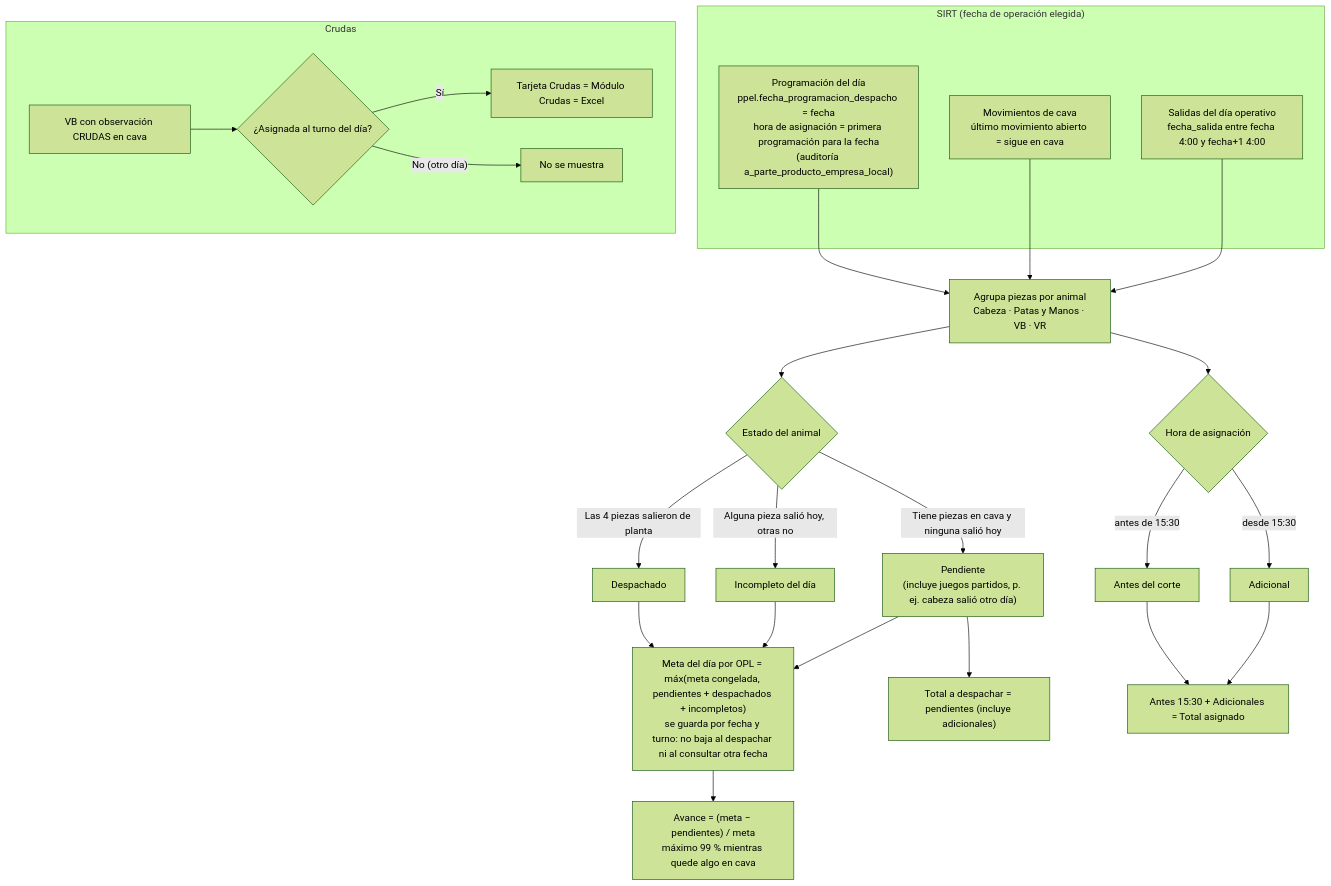
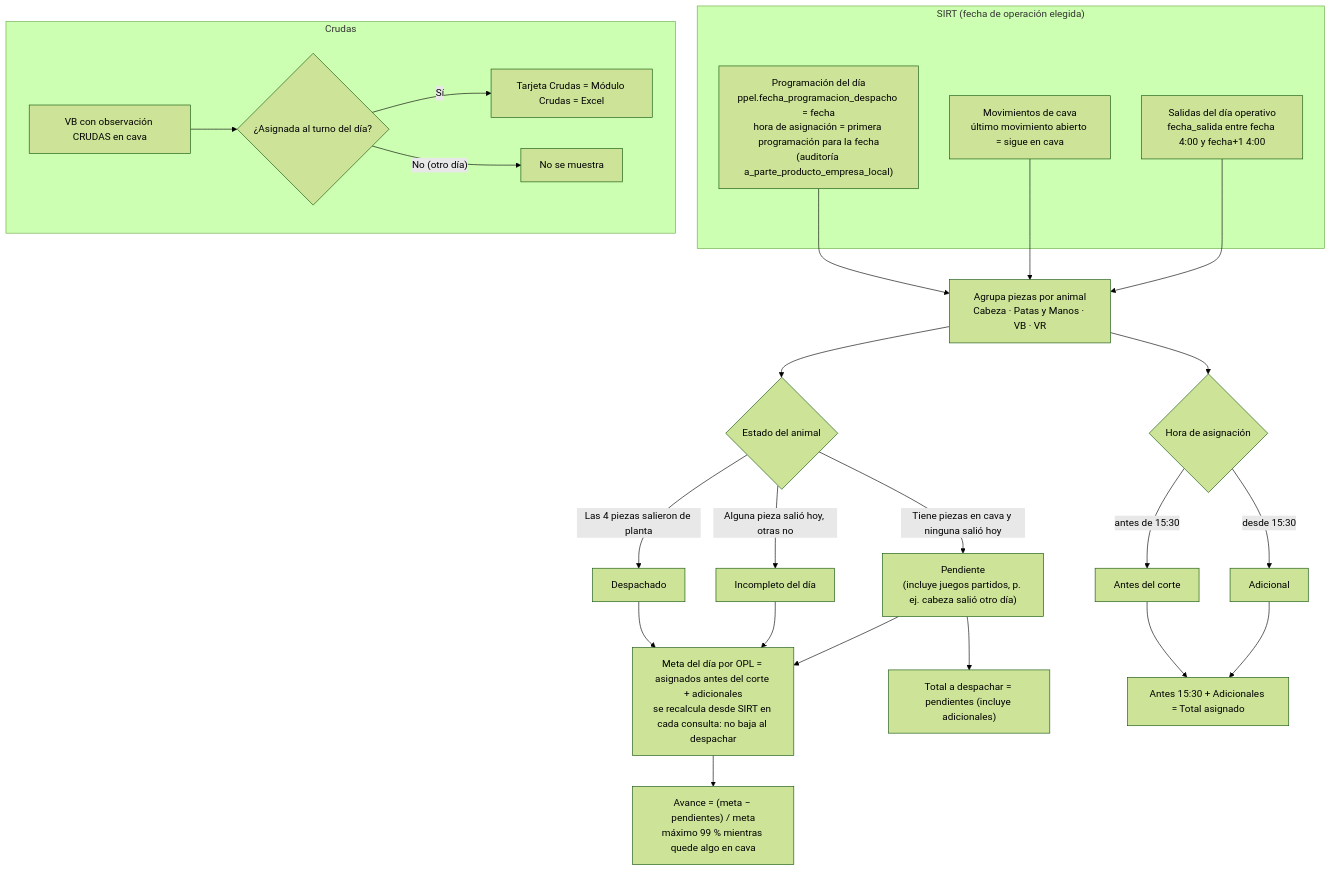
The diagram in docs/diagrams/05-calculo-progreso.mmd (desarrollotecnologia/Colbeef-_Gestor-de-V-sceras), drawn with Mermaid (forest theme) before and after one commit. The commit also changed 7 other files, not shown here.

First line of the commit message:
Meta del dia = Antes + Adicionales calculada desde SIRT

```diff
--- a/docs/diagrams/05-calculo-progreso.mmd
+++ b/docs/diagrams/05-calculo-progreso.mmd
@@ -1,35 +1,35 @@
 flowchart TD
   subgraph SIRT["SIRT (fecha de operación elegida)"]
     prog["Programación del día<br/>ppel.fecha_programacion_despacho = fecha<br/>hora de asignación = primera programación para la fecha<br/>(auditoría a_parte_producto_empresa_local)"]
     cava["Movimientos de cava<br/>último movimiento abierto = sigue en cava"]
     sal["Salidas del día operativo<br/>fecha_salida entre fecha 4:00 y fecha+1 4:00"]
   end
 
   prog --> anim["Agrupa piezas por animal<br/>Cabeza · Patas y Manos · VB · VR"]
   cava --> anim
   sal --> anim
 
   anim --> clas{"Estado del animal"}
   clas -->|"Las 4 piezas salieron de planta"| desp["Despachado"]
   clas -->|"Alguna pieza salió hoy, otras no"| inc["Incompleto del día"]
   clas -->|"Tiene piezas en cava y ninguna salió hoy"| pend["Pendiente<br/>(incluye juegos partidos, p. ej. cabeza salió otro día)"]
 
   anim --> hora{"Hora de asignación"}
   hora -->|"antes de 15:30"| antes["Antes del corte"]
   hora -->|"desde 15:30"| adi["Adicional"]
 
   desp --> meta
   inc --> meta
   pend --> meta
-  meta["Meta del día por OPL = máx(meta congelada, pendientes + despachados + incompletos)<br/>se guarda por fecha y turno: no baja al despachar ni al consultar otra fecha"]
+  meta["Meta del día por OPL = asignados antes del corte + adicionales<br/>se recalcula desde SIRT en cada consulta: no baja al despachar"]
 
   meta --> pct["Avance = (meta − pendientes) / meta<br/>máximo 99 % mientras quede algo en cava"]
   pend --> total["Total a despachar = pendientes (incluye adicionales)"]
   antes --> linea["Antes 15:30 + Adicionales = Total asignado"]
   adi --> linea
 
   subgraph CR["Crudas"]
     vb["VB con observación CRUDAS en cava"] --> filt{"¿Asignada al turno del día?"}
     filt -->|Sí| crud["Tarjeta Crudas = Módulo Crudas = Excel"]
     filt -->|"No (otro día)"| fuera["No se muestra"]
   end
```
